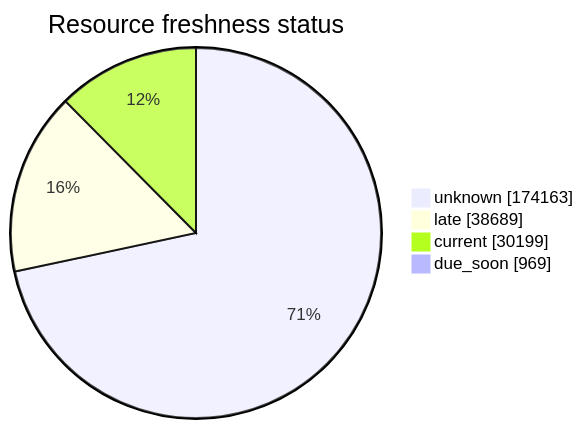
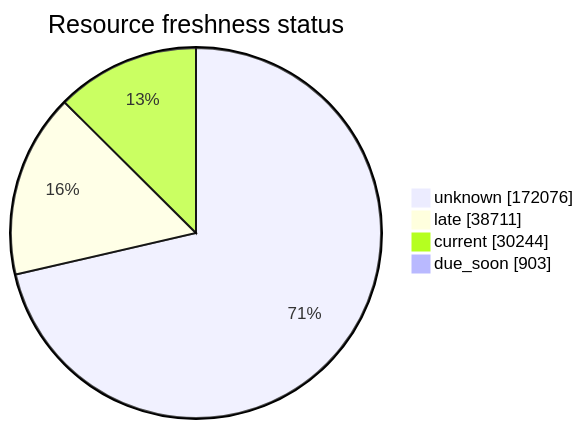
One commit to open-data/analytics-corporate-reporting changed the third of 5 diagrams in FreshCheck/README.md. Above: the diagram before and after it, drawn with Mermaid. The commit also changed other lines of this file and 3 other files, not shown here.

````diff
--- a/FreshCheck/README.md
+++ b/FreshCheck/README.md
@@ -77,7 +77,7 @@
 ```mermaid
 pie showData title Resource freshness status
-    "unknown": 174163
-    "late": 38689
-    "current": 30199
-    "due_soon": 969
+    "unknown": 172076
+    "late": 38711
+    "current": 30244
+    "due_soon": 903
 ```
````
